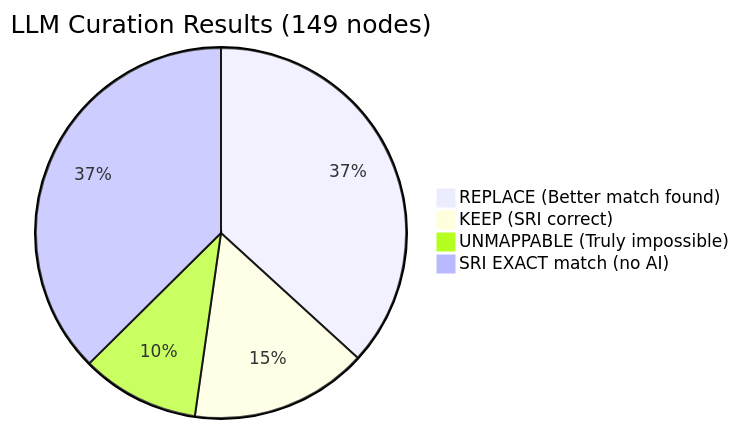
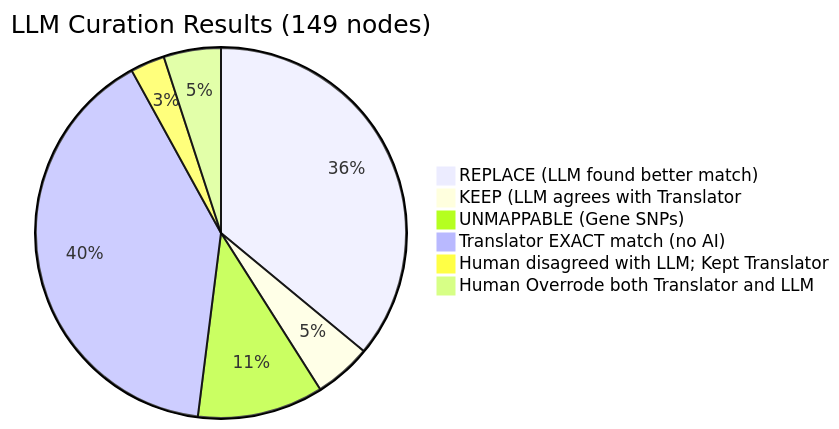
Before and after one commit to ncats/IFX_ODIN: the diagram in entity_resolvers/src/code/ncatsdata/CUREID/251128stats.md, drawn with Mermaid.

````diff
--- a/entity_resolvers/src/code/ncatsdata/CUREID/251128stats.md
+++ b/entity_resolvers/src/code/ncatsdata/CUREID/251128stats.md
@@ -4,7 +4,9 @@
 ```mermaid
 pie title LLM Curation Results (149 nodes)
-    "REPLACE (Better match found)" : 57
-    "KEEP (SRI correct)" : 24
-    "UNMAPPABLE (Truly impossible)" : 16
-    "SRI EXACT match (no AI)" : 58
+    "REPLACE (LLM found better match)" : 36
+    "KEEP (LLM agrees with Translator" : 5
+    "UNMAPPABLE (Gene SNPs)" : 11
+    "Translator EXACT match (no AI)" : 40
+    "Human disagreed with LLM; Kept Translator" : 3
+    "Human Overrode both Translator and LLM" : 5
 ```
````
